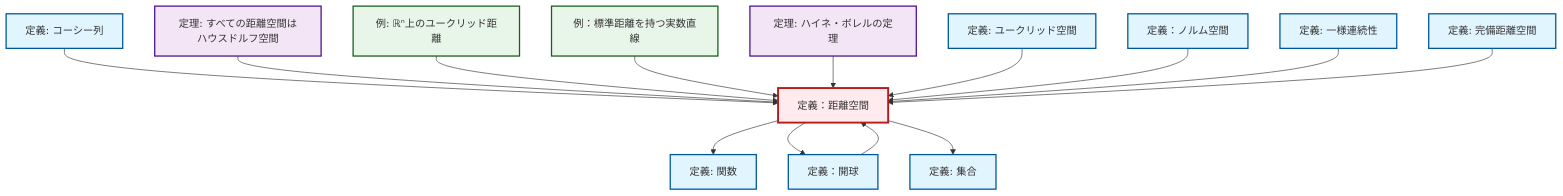
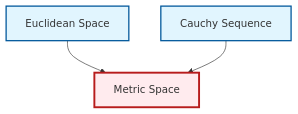
One commit to RK0429/ModernMath changed the diagram in content/ja/analysis/def-metric-space.qmd. Above: the diagram before and after it, drawn with Mermaid. The commit also changed 328 other files, not shown here.

````diff
--- a/content/ja/analysis/def-metric-space.qmd
+++ b/content/ja/analysis/def-metric-space.qmd
@@ -54,48 +54,17 @@
 ```{mermaid}
 %%| fig-cap: "ローカル依存関係グラフ"
 graph TD
     classDef definition fill:#e1f5fe,stroke:#01579b,stroke-width:2px
     classDef theorem fill:#f3e5f5,stroke:#4a148c,stroke-width:2px
     classDef axiom fill:#fff3e0,stroke:#e65100,stroke-width:2px
     classDef example fill:#e8f5e9,stroke:#1b5e20,stroke-width:2px
     classDef current fill:#ffebee,stroke:#b71c1c,stroke-width:3px
-    def-set["定義: 集合"]:::definition
-    def-cauchy-sequence["定義: コーシー列"]:::definition
-    def-uniform-continuity["定義: 一様連続性"]:::definition
-    ex-real-line-metric["例：標準距離を持つ実数直線"]:::example
-    def-metric-space["定義：距離空間"]:::definition
-    def-open-ball["定義：開球"]:::definition
-    def-function["定義: 関数"]:::definition
-    ex-euclidean-metric["例: ℝⁿ上のユークリッド距離"]:::example
-    thm-metric-hausdorff["定理: すべての距離空間はハウスドルフ空間"]:::theorem
-    def-complete-metric-space["定義: 完備距離空間"]:::definition
-    thm-heine-borel["定理: ハイネ・ボレルの定理"]:::theorem
-    def-normed-vector-space["定義：ノルム空間"]:::definition
-    def-euclidean-space["定義: ユークリッド空間"]:::definition
+    def-euclidean-space["Euclidean Space"]:::definition
+    def-metric-space["Metric Space"]:::definition
+    def-cauchy-sequence["Cauchy Sequence"]:::definition
+    def-euclidean-space --> def-metric-space
     def-cauchy-sequence --> def-metric-space
-    def-metric-space --> def-function
-    def-metric-space --> def-open-ball
-    thm-metric-hausdorff --> def-metric-space
-    ex-euclidean-metric --> def-metric-space
-    ex-real-line-metric --> def-metric-space
-    thm-heine-borel --> def-metric-space
-    def-euclidean-space --> def-metric-space
-    def-metric-space --> def-set
-    def-normed-vector-space --> def-metric-space
-    def-open-ball --> def-metric-space
-    def-uniform-continuity --> def-metric-space
-    def-complete-metric-space --> def-metric-space
     class def-metric-space current
-    click def-set "def-set.html" "集合の定義へ"
-    click def-cauchy-sequence "def-cauchy-sequence.html" "コーシー列の定義へ"
-    click def-uniform-continuity "def-uniform-continuity.html" "一様連続性の定義へ"
-    click ex-real-line-metric "ex-real-line-metric.html" "例：標準距離を持つ実数直線へ"
-    click def-open-ball "def-open-ball.html" "定義：開球へ"
-    click def-function "def-function.html" "関数の定義へ"
-    click ex-euclidean-metric "ex-euclidean-metric.html" "ℝⁿ上のユークリッド距離の例へ"
-    click thm-metric-hausdorff "thm-metric-hausdorff.html" "すべての距離空間はハウスドルフ空間の定理へ"
-    click def-complete-metric-space "def-complete-metric-space.html" "完備距離空間の定義へ"
-    click thm-heine-borel "thm-heine-borel.html" "ハイネ・ボレルの定理の定理へ"
-    click def-normed-vector-space "def-normed-vector-space.html" "定義：ノルム空間へ"
-    click def-euclidean-space "def-euclidean-space.html" "ユークリッド空間の定義へ"
+    click def-euclidean-space "def-euclidean-space.html" "Euclidean Spaceへ"
+    click def-cauchy-sequence "def-cauchy-sequence.html" "Cauchy Sequenceへ"
 ```
````
